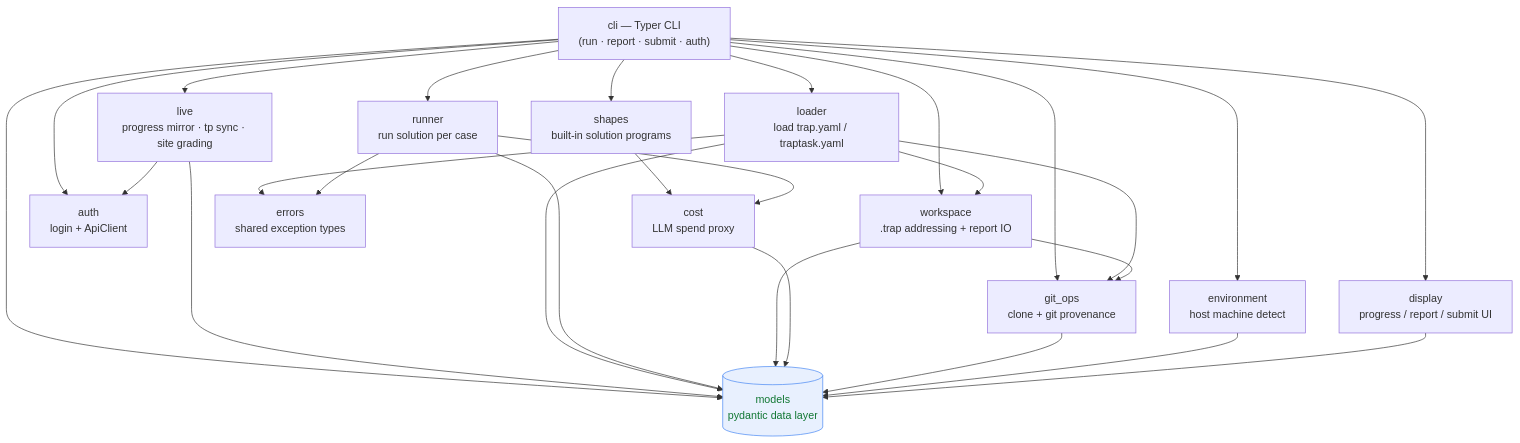
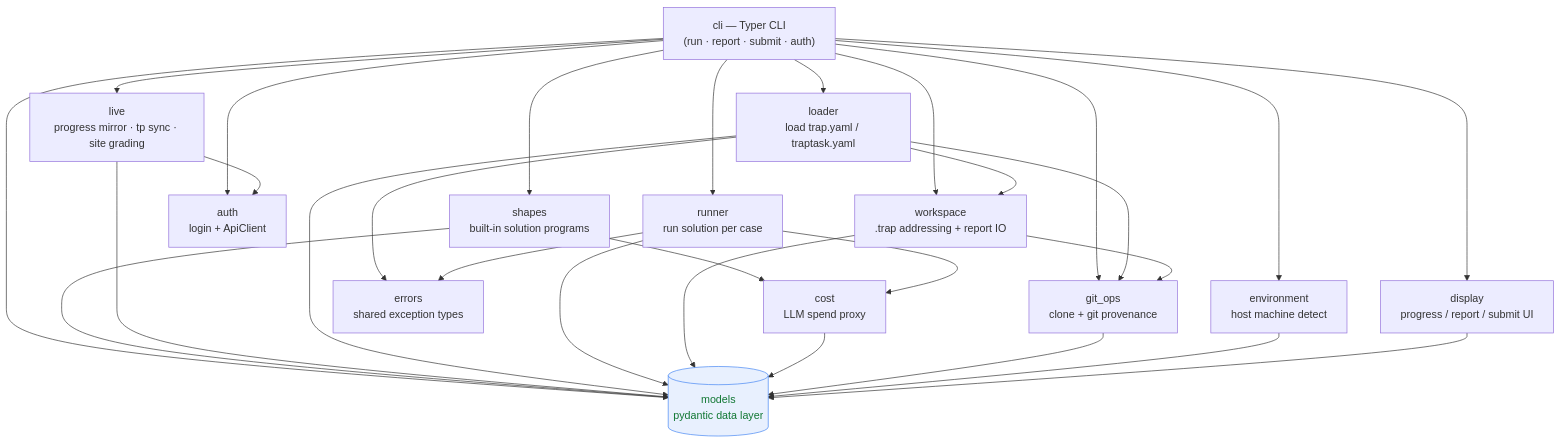
One commit to trapstreet/trap changed the first of 3 diagrams in CODE_MAP.md. Above: the diagram before and after it, drawn with Mermaid. The commit also changed other lines of this file and 4 other files, not shown here.

````diff
--- a/CODE_MAP.md
+++ b/CODE_MAP.md
@@ -16,46 +16,47 @@
 ```mermaid
 graph TD
     cli["cli — Typer CLI<br/>(run · report · submit · auth)"]
     loader["loader<br/>load trap.yaml / traptask.yaml"]
     runner["runner<br/>run solution per case"]
     cost["cost<br/>LLM spend proxy"]
     shapes["shapes<br/>built-in solution programs"]
     git_ops["git_ops<br/>clone + git provenance"]
     environment["environment<br/>host machine detect"]
     display["display<br/>progress / report / submit UI"]
     auth["auth<br/>login + ApiClient"]
     live["live<br/>progress mirror · tp sync · site grading"]
     workspace["workspace<br/>.trap addressing + report IO"]
     models[("models<br/>pydantic data layer")]
     errors["errors<br/>shared exception types"]
 
     cli --> loader
     cli --> runner
     cli --> git_ops
     cli --> environment
     cli --> display
     cli --> auth
     cli --> live
     cli --> workspace
     cli --> models
     cli --> shapes
     shapes --> cost
+    shapes --> models
     live --> auth
     live --> models
     loader --> errors
     loader --> git_ops
     loader --> models
     loader --> workspace
     runner --> cost
     runner --> errors
     runner --> models
     workspace --> git_ops
     workspace --> models
     cost --> models
     git_ops --> models
     environment --> models
     display --> models
 
     classDef data fill:#e8f0fe,stroke:#4285f4,color:#173;
     class models data;
 ```
````
